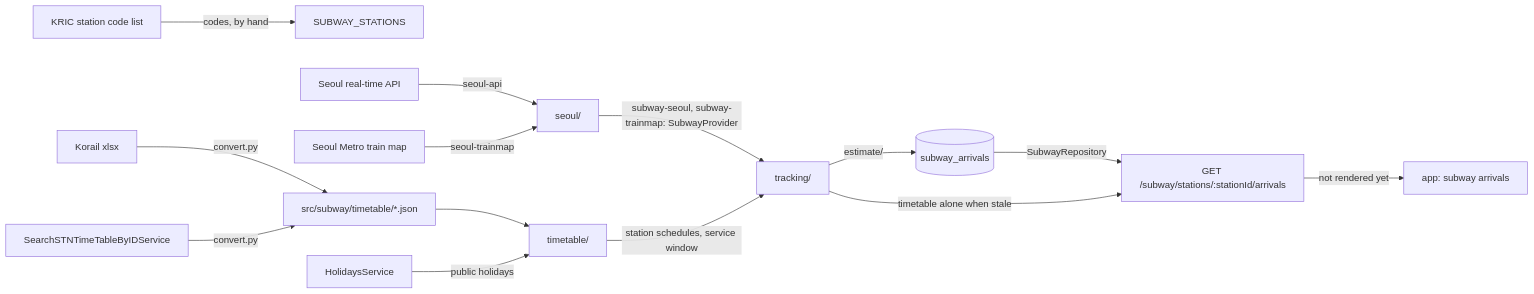
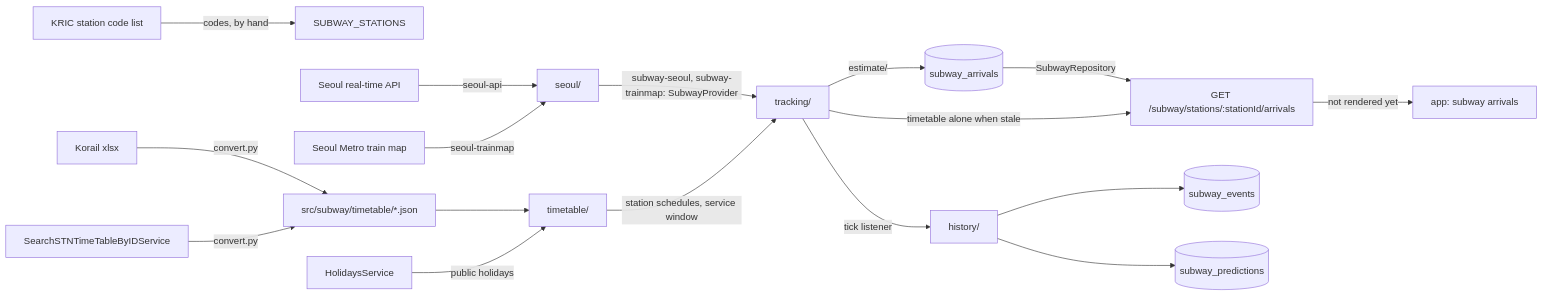
One commit to skkuverse/skkuverse-server changed the diagram in docs/explanation/subway-architecture.md. Above: the diagram before and after it, drawn with Mermaid. The commit also changed other lines of this file and 21 other files, not shown here.

Commit message:
feat(subway): record arrival predictions and events for accuracy

````diff
--- a/docs/explanation/subway-architecture.md
+++ b/docs/explanation/subway-architecture.md
@@ -61,16 +70,19 @@
 ```mermaid
 flowchart LR
   kric["KRIC station code list"] -->|codes, by hand| stations["SUBWAY_STATIONS"]
   xlsx["Korail xlsx"] -->|convert.py| tt["src/subway/timetable/*.json"]
   seoultt["SearchSTNTimeTableByIDService"] -->|convert.py| tt
   tt --> timetable["timetable/"]
   holidays["HolidaysService"] -->|public holidays| timetable
   seoulapi["Seoul real-time API"] -->|seoul-api| seoul["seoul/"]
   trainmap["Seoul Metro train map"] -->|seoul-trainmap| seoul
   seoul -->|"subway-seoul, subway-trainmap: SubwayProvider"| tracking["tracking/"]
   timetable -->|station schedules, service window| tracking
   tracking -->|estimate/| coll[("subway_arrivals")]
   coll -->|SubwayRepository| route["GET /subway/stations/:stationId/arrivals"]
   tracking -->|timetable alone when stale| route
   route -->|not rendered yet| screen["app: subway arrivals"]
+  tracking -->|tick listener| history["history/"]
+  history --> events[("subway_events")]
+  history --> predictions[("subway_predictions")]
 ```
````
